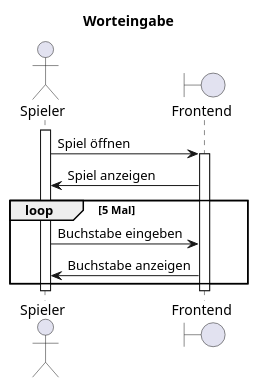
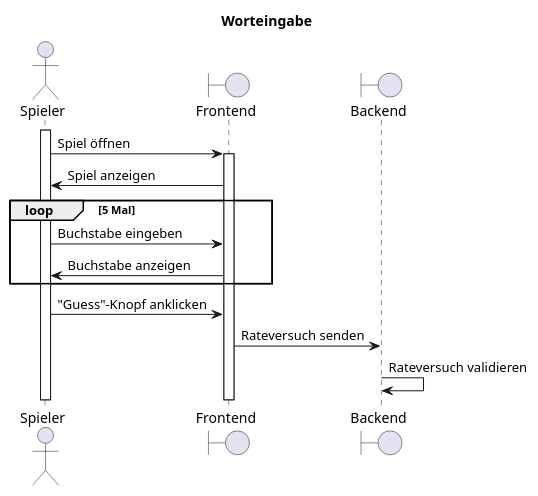
The diagram in docs/requirements-src/F001/F001-seq.plantuml (wordle-time/wordle-time), drawn with PlantUML before and after one commit. The commit also changed 7 other files, not shown here.

Commit message:
F001 and F002 diagrams overhaul

```diff
--- a/docs/requirements-src/F001/F001-seq.plantuml
+++ b/docs/requirements-src/F001/F001-seq.plantuml
@@ -1,17 +1,19 @@
 @startuml F001_seq
 title "Worteingabe"
 
 actor "Spieler" as user
 boundary "Frontend" as frontend
+boundary "Backend" as backend
 
 activate user
 user -> frontend: Spiel öffnen
 activate frontend
 user <- frontend: Spiel anzeigen
 loop 5 Mal
     user -> frontend: Buchstabe eingeben
     user <- frontend: Buchstabe anzeigen
 end
-deactivate frontend
-deactivate user
+user -> frontend: "Guess"-Knopf anklicken
+frontend -> backend: Rateversuch senden
+backend -> backend: Rateversuch validieren
 @enduml
```
